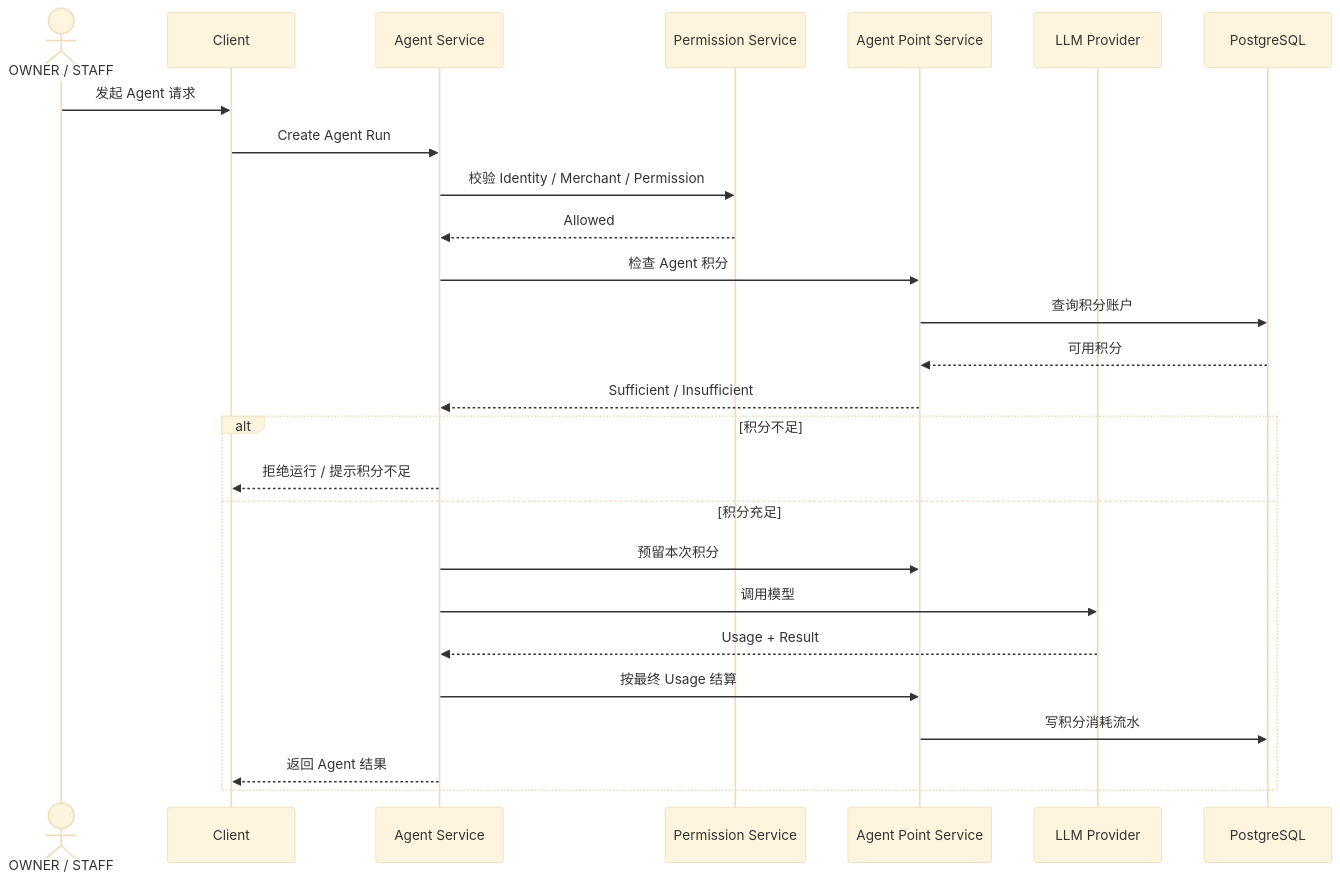
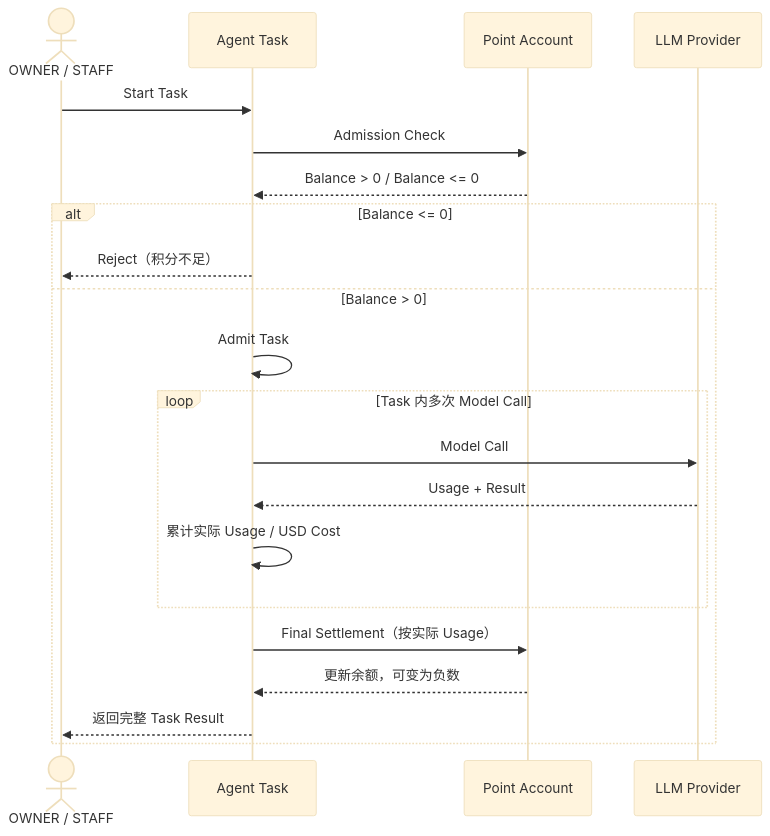
The fourth of 7 diagrams in docs/system-design/01-账户与身份/07-Agent积分账户.md (sxyq/mastergoods), drawn with Mermaid (base theme) before and after one commit. The commit also changed other lines of this file and 10 other files, not shown here.

````diff
--- a/docs/system-design/01-账户与身份/07-Agent积分账户.md
+++ b/docs/system-design/01-账户与身份/07-Agent积分账户.md
@@ -178,32 +178,25 @@
 ```mermaid
 sequenceDiagram
     actor U as OWNER / STAFF
-    participant C as Client
-    participant A as Agent Service
-    participant P as Permission Service
-    participant POINT as Agent Point Service
+    participant TASK as Agent Task
+    participant POINT as Point Account
     participant LLM as LLM Provider
-    participant DB as PostgreSQL
 
-    U->>C: 发起 Agent 请求
-    C->>A: Create Agent Run
+    U->>TASK: Start Task
+    TASK->>POINT: Admission Check
+    POINT-->>TASK: Balance > 0 / Balance <= 0
 
-    A->>P: 校验 Identity / Merchant / Permission
-    P-->>A: Allowed
-
-    A->>POINT: 检查 Agent 积分
-    POINT->>DB: 查询积分账户
-    DB-->>POINT: 可用积分
-    POINT-->>A: Sufficient / Insufficient
-
-    alt 积分不足
-        A-->>C: 拒绝运行 / 提示积分不足
-    else 积分充足
-        A->>POINT: 预留本次积分
-        A->>LLM: 调用模型
-        LLM-->>A: Usage + Result
-        A->>POINT: 按最终 Usage 结算
-        POINT->>DB: 写积分消耗流水
-        A-->>C: 返回 Agent 结果
+    alt Balance <= 0
+        TASK-->>U: Reject（积分不足）
+    else Balance > 0
+        TASK->>TASK: Admit Task
+        loop Task 内多次 Model Call
+            TASK->>LLM: Model Call
+            LLM-->>TASK: Usage + Result
+            TASK->>TASK: 累计实际 Usage / USD Cost
+        end
+        TASK->>POINT: Final Settlement（按实际 Usage）
+        POINT-->>TASK: 更新余额，可变为负数
+        TASK-->>U: 返回完整 Task Result
     end
 ```
````
